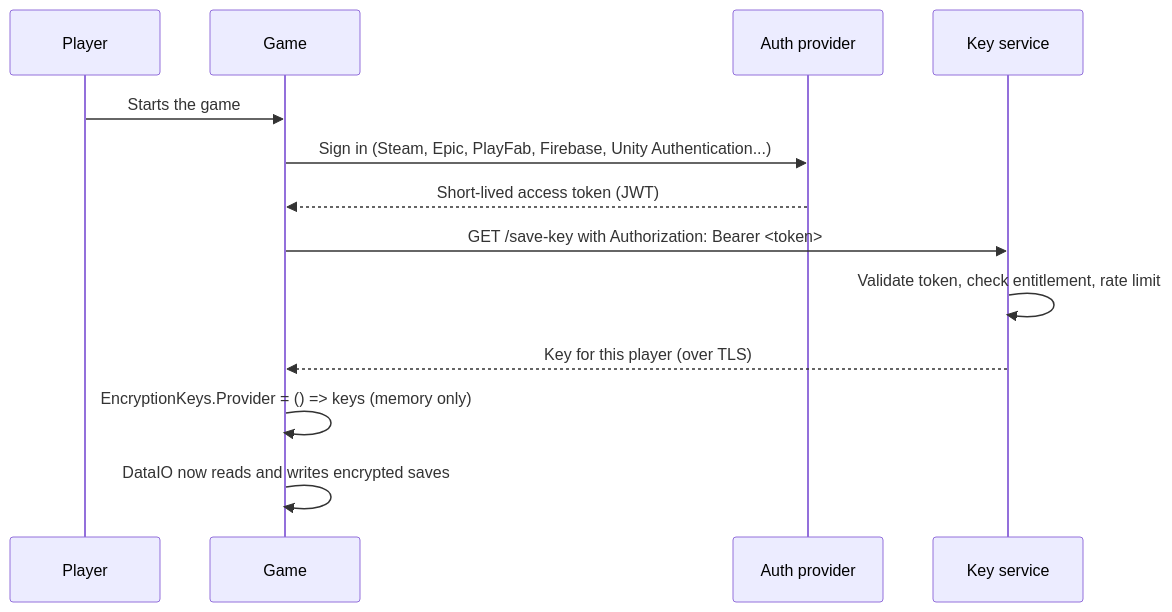
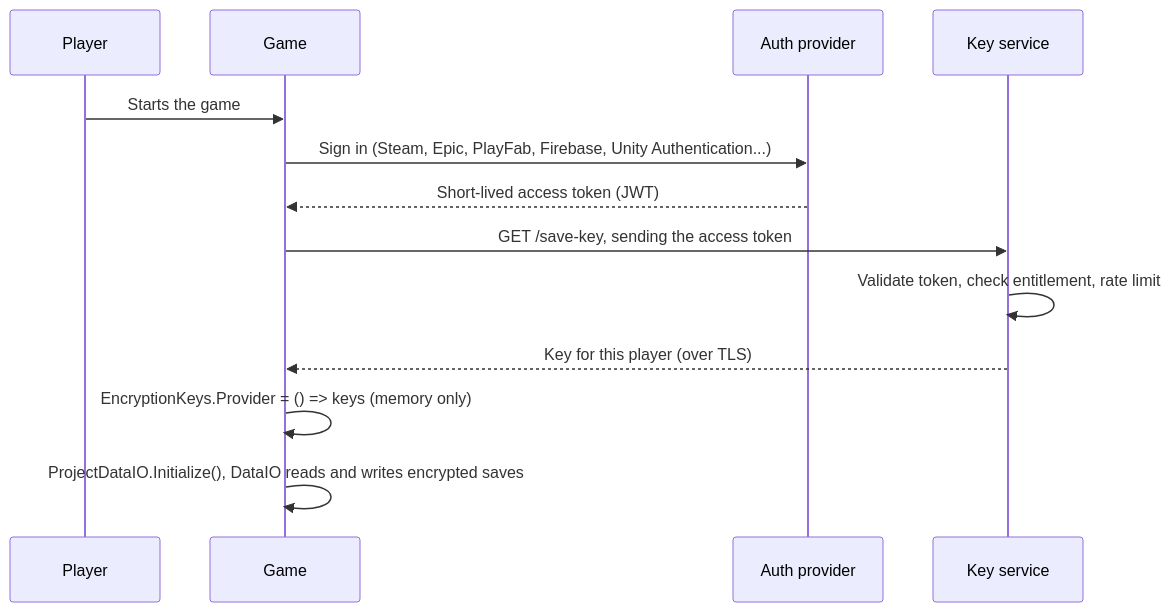
Before and after one commit to Uee03/Pretzel: the diagram in Packages/com.uee03.pretzel.data/Documentation~/EncryptionKeyDelivery.md, drawn with Mermaid. The commit also changed other lines of this file and 64 other files, not shown here.

````diff
--- a/Packages/com.uee03.pretzel.data/Documentation~/EncryptionKeyDelivery.md
+++ b/Packages/com.uee03.pretzel.data/Documentation~/EncryptionKeyDelivery.md
@@ -52,15 +65,15 @@
 ```mermaid
 sequenceDiagram
     participant P as Player
     participant G as Game
     participant A as Auth provider
     participant K as Key service
     P->>G: Starts the game
     G->>A: Sign in (Steam, Epic, PlayFab, Firebase, Unity Authentication...)
     A-->>G: Short-lived access token (JWT)
-    G->>K: GET /save-key with Authorization: Bearer <token>
+    G->>K: GET /save-key, sending the access token
     K->>K: Validate token, check entitlement, rate limit
     K-->>G: Key for this player (over TLS)
     G->>G: EncryptionKeys.Provider = () => keys (memory only)
-    G->>G: DataIO now reads and writes encrypted saves
+    G->>G: ProjectDataIO.Initialize(), DataIO reads and writes encrypted saves
 ```
````
